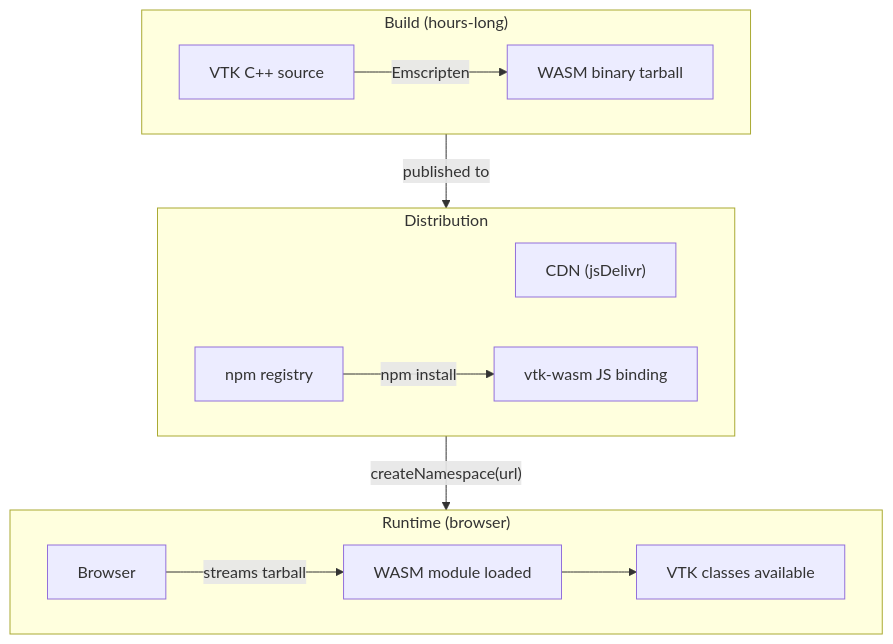
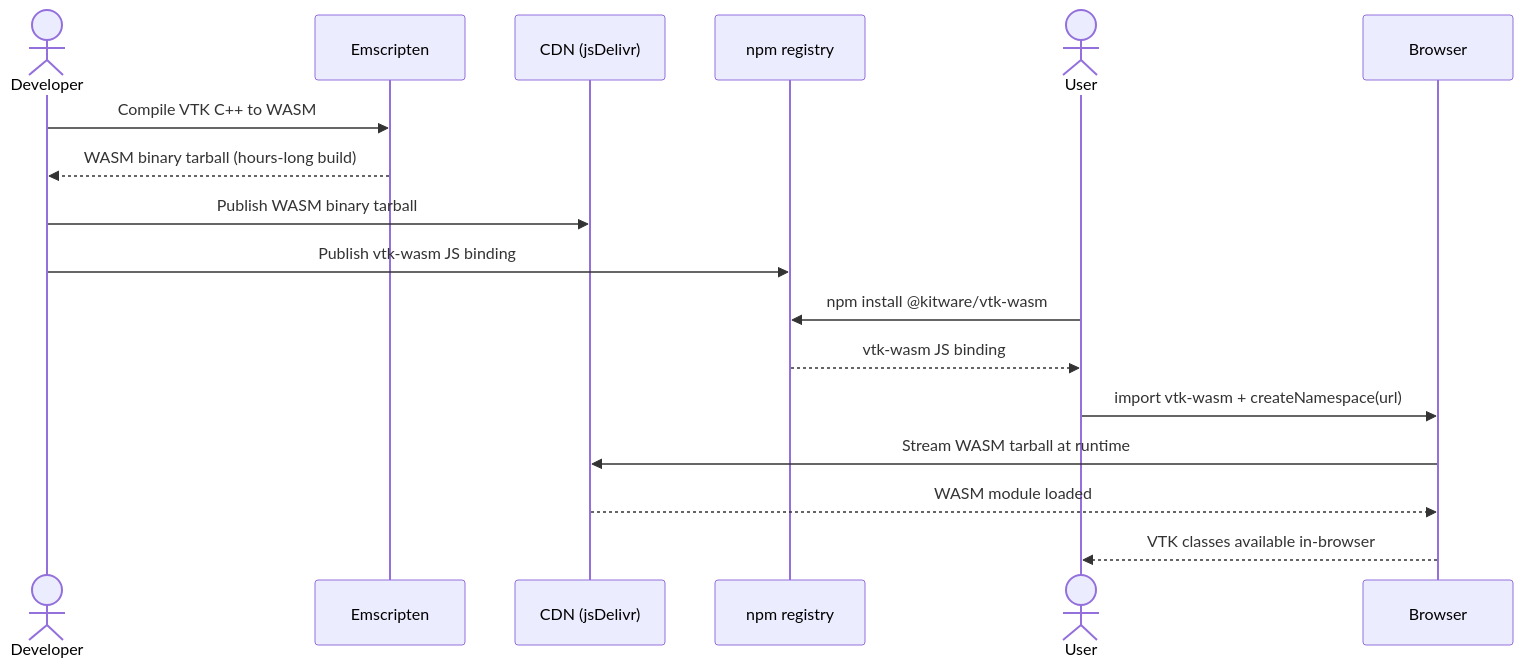
Before and after one commit to tkoyama010/pyvista-wasm: the third of 4 diagrams in slides/slides.md, drawn with Mermaid. The commit also changed 2 other files, not shown here.

Commit message:
docs: convert package distribution diagram from flowchart to sequence diagram

````diff
--- a/slides/slides.md
+++ b/slides/slides.md
@@ -490,18 +490,21 @@
 ```mermaid {scale: 0.55}
-flowchart TB
-  subgraph Build["Build (hours-long)"]
-    direction LR
-    V["VTK C++ source"] -->|"Emscripten"| W["WASM binary tarball"]
-  end
-  subgraph Dist["Distribution"]
-    direction LR
-    W -->|"published to"| CDN["CDN (jsDelivr)"]
-    NPM["npm registry"] -->|"npm install"| PKG["vtk-wasm JS binding"]
-  end
-  subgraph Runtime["Runtime (browser)"]
-    direction LR
-    CDN -->|"createNamespace(url)"| BR["Browser"]
-    BR -->|"streams tarball"| MEM["WASM module loaded"]
-    MEM --> R["VTK classes available"]
-  end
+sequenceDiagram
+    actor D as Developer
+    participant E as Emscripten
+    participant CDN as CDN (jsDelivr)
+    participant NPM as npm registry
+    actor U as User
+    participant B as Browser
+
+    D->>E: Compile VTK C++ to WASM
+    E-->>D: WASM binary tarball (hours-long build)
+    D->>CDN: Publish WASM binary tarball
+    D->>NPM: Publish vtk-wasm JS binding
+
+    U->>NPM: npm install @kitware/vtk-wasm
+    NPM-->>U: vtk-wasm JS binding
+    U->>B: import vtk-wasm + createNamespace(url)
+    B->>CDN: Stream WASM tarball at runtime
+    CDN-->>B: WASM module loaded
+    B-->>U: VTK classes available in-browser
 ```
````
